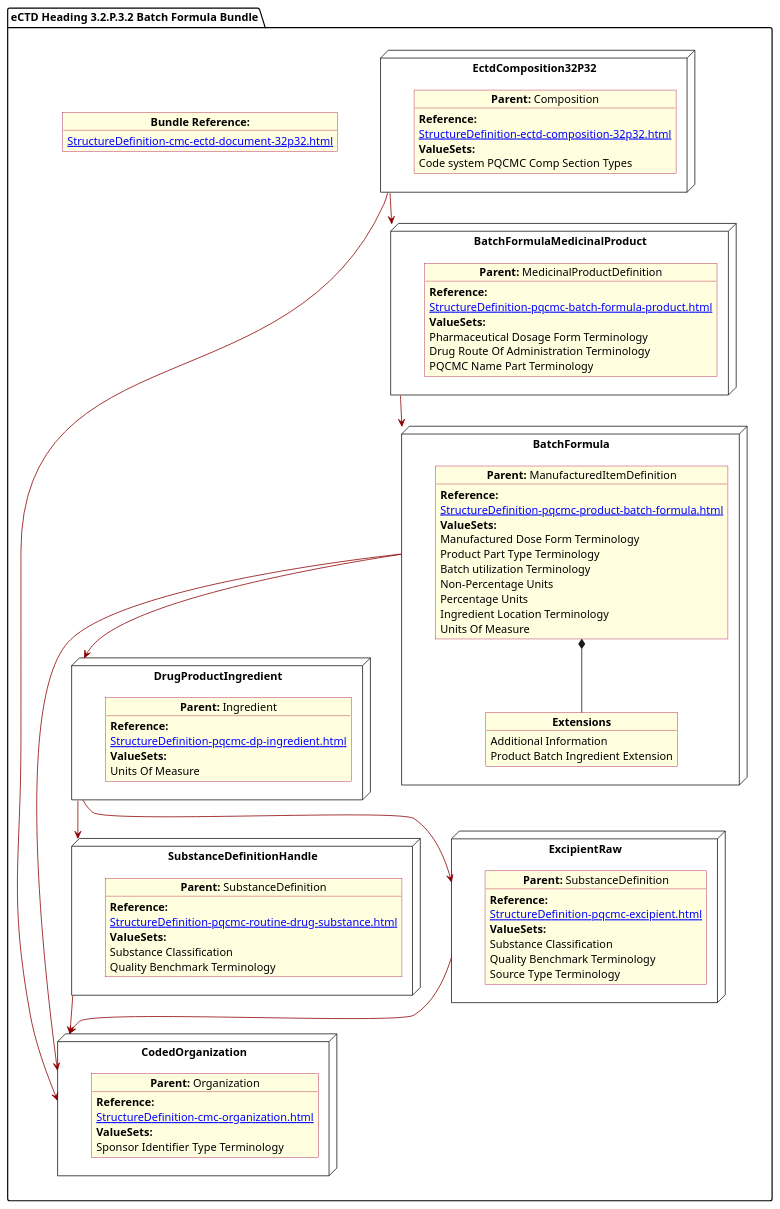
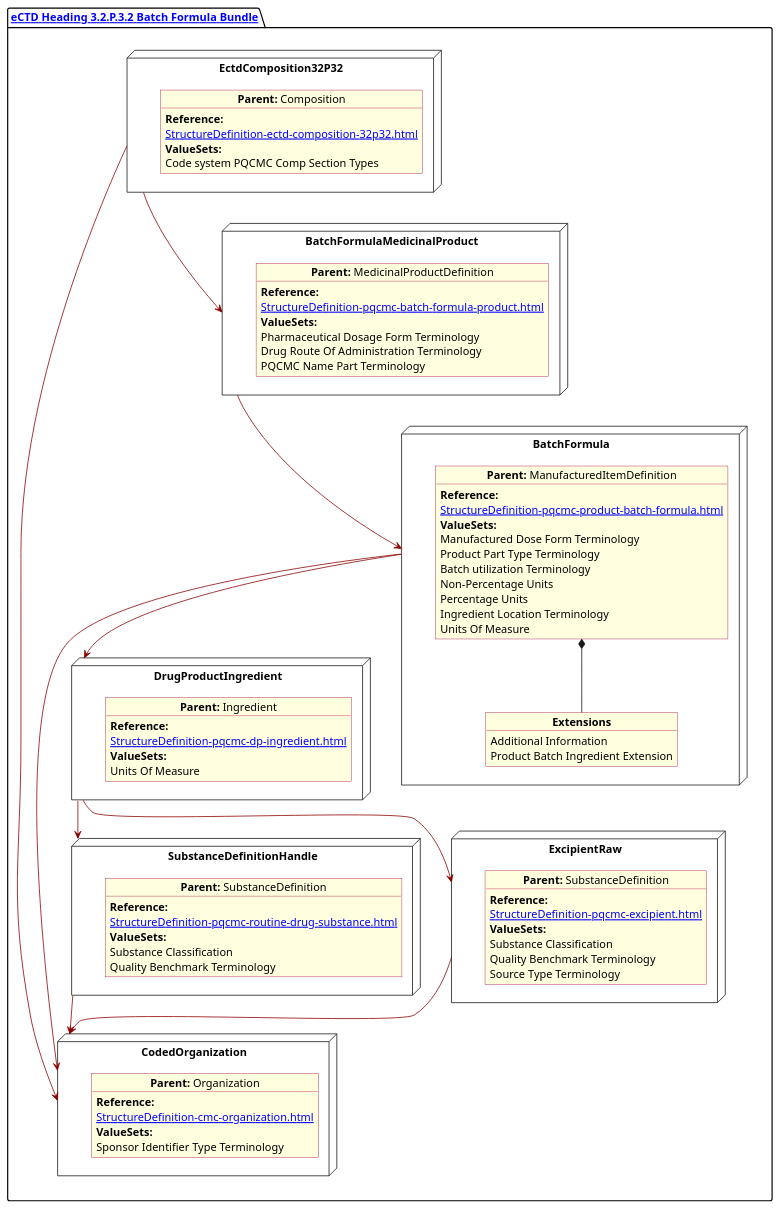
One commit to HL7/FHIR-us-pq-cmc-fda changed the diagram in input/images-source/BatchForm.plantuml. Above: the diagram before and after it, drawn with PlantUML. The commit also changed 11 other files, not shown here.

Commit message:
plantUML package has hyperlink to bundle

```diff
--- a/input/images-source/BatchForm.plantuml
+++ b/input/images-source/BatchForm.plantuml
@@ -1,108 +1,105 @@
 @startuml BatchForm
 allowmixing
 'Mixed model of use case and object
 skinparam svgDimensionStyle false
 skinparam ObjectBackgroundColor LightYellow
 skinparam ObjectBorderColor #A80036
 skinparam activityDiamondBorderColor #A80036
 skinparam activityDiamondBackgroundColor lawnGreen
 skinparam ClassBorderThickness 4
 
-package "eCTD Heading 3.2.P.3.2 Batch Formula Bundle" as NODES {
+package "[[StructureDefinition-cmc-ectd-document-32p32.html eCTD Heading 3.2.P.3.2 Batch Formula Bundle]]" as NODES {
 
-   object "**Bundle Reference:**" as objbun {
-              [[StructureDefinition-cmc-ectd-document-32p32.html]]
-    }  
 
   node "EctdComposition32P32" as N1 { 
       object "**Parent:** Composition" as obj1 {
                    **Reference:**
       [[StructureDefinition-ectd-composition-32p32.html]]
       **ValueSets:**
   Code system PQCMC Comp Section Types
     }
      
 }
 node "CodedOrganization" as NSO { 
       object "**Parent:** Organization" as objAu {
         **Reference:**
       [[StructureDefinition-cmc-organization.html]]
         **ValueSets:**
         Sponsor Identifier Type Terminology 
     }
 }
 
 node "DrugProductIngredient" as NNgred { 
       object "**Parent:** Ingredient" as obj10 {
              **Reference:**
       [[StructureDefinition-pqcmc-dp-ingredient.html]]
         **ValueSets:**
         Units Of Measure    
       }      
 
 }
 
 node "SubstanceDefinitionHandle" as NNS { 
       object "**Parent:** SubstanceDefinition" as obj4 {
                    **Reference:**
       [[StructureDefinition-pqcmc-routine-drug-substance.html]]
                 **ValueSets:**
                 Substance Classification
                 Quality Benchmark Terminology
       }  
 }
 
 node "ExcipientRaw" as NNSEx { 
       object "**Parent:** SubstanceDefinition" as obj42 {
                    **Reference:**
       [[StructureDefinition-pqcmc-excipient.html]]
                 **ValueSets:**
                 Substance Classification
                 Quality Benchmark Terminology
                 Source Type Terminology
       }  
 }
 
 node "BatchFormulaMedicinalProduct" as NN2 { 
       object "**Parent:** MedicinalProductDefinition" as obj32 {
                    **Reference:**
       [[StructureDefinition-pqcmc-batch-formula-product.html]]
           **ValueSets:**
            Pharmaceutical Dosage Form Terminology
           Drug Route Of Administration Terminology
           PQCMC Name Part Terminology
       }
 }
 
 node "BatchFormula" as NN { 
       object "**Parent:** ManufacturedItemDefinition" as obj3 {
          **Reference:**
       [[StructureDefinition-pqcmc-product-batch-formula.html]]
         **ValueSets:**
         Manufactured Dose Form Terminology
         Product Part Type Terminology 
         Batch utilization Terminology
         Non-Percentage Units
         Percentage Units
         Ingredient Location Terminology
         Units Of Measure
 
       } 
       object "**Extensions**" as objExs2 {
         Additional Information
         Product Batch Ingredient Extension
 }
 
  obj3 *-- objExs2     
 }
 N1 -[#darkred]--> NSO   
 N1 -[#darkred]-> NN2
 NNS -[#darkred]-> NSO
 NN -[#darkred]-> NSO
 NN -[#darkred]-> NNgred
 NN2 -[#darkred]-> NN
 NNgred -[#darkred]-> NNS
 NNgred -[#darkred]->NNSEx
 NNSEx -[#darkred]-> NSO
 }
 @enduml
```
